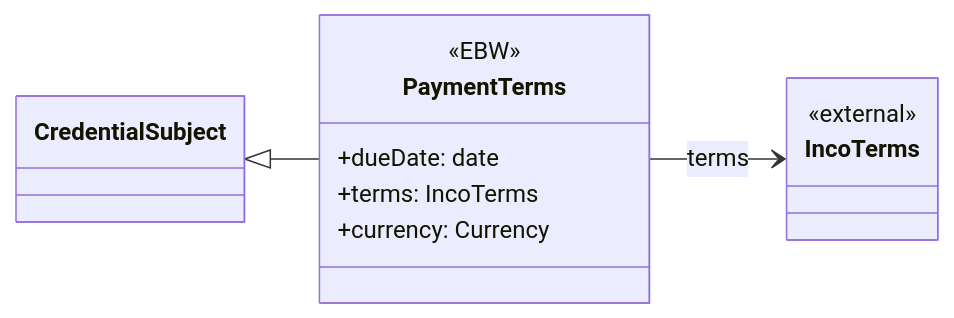
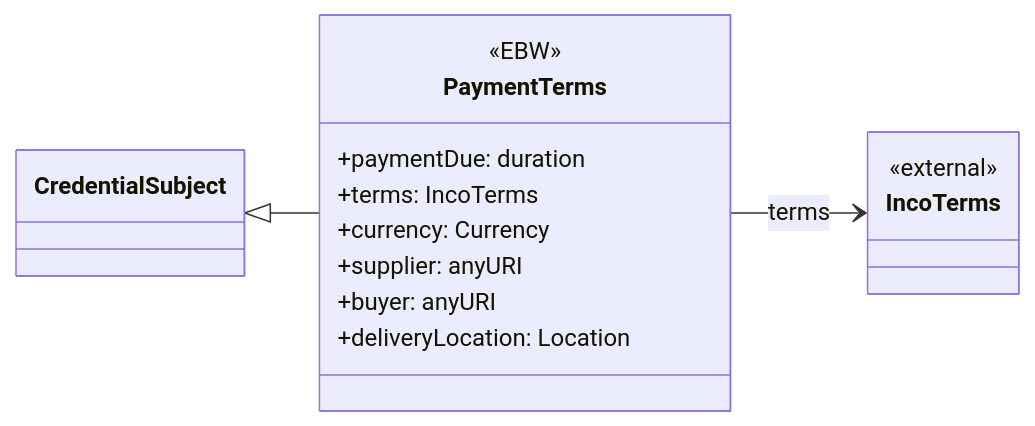
One commit to webuild-consortium/wp4-semantics-group changed the diagram in vocab/src/class-diagram-payment-terms.mermaid. Above: the diagram before and after it, drawn with Mermaid. The commit also changed 1 other file, not shown here.

Commit message:
fix: payment terms

```diff
--- a/vocab/src/class-diagram-payment-terms.mermaid
+++ b/vocab/src/class-diagram-payment-terms.mermaid
@@ -1,28 +1,31 @@
 classDiagram
     direction LR
 %% =========================
 %% Core EBW Classes
 %% =========================
     class PaymentTerms {
         <<EBW>>
-        +dueDate: date
+        +paymentDue: duration
         +terms: IncoTerms
         +currency: Currency
+        +supplier: anyURI
+        +buyer: anyURI
+        +deliveryLocation: Location
     }
 
 %% =========================
 %% External / Referenced Types
 %% =========================
     class IncoTerms {
         <<external>>
     }
 
 %% =========================
 %% Inheritance
 %% =========================
     CredentialSubject <|-- PaymentTerms
 
 %% =========================
 %% Properties (Object relations)
 %% =========================
     PaymentTerms --> IncoTerms: terms
```
